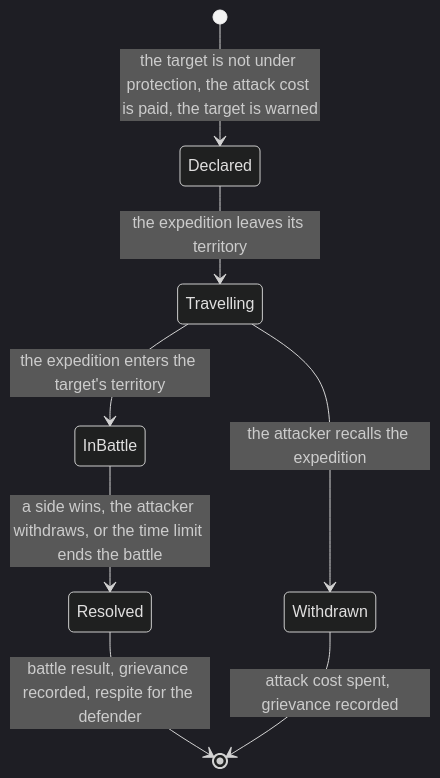
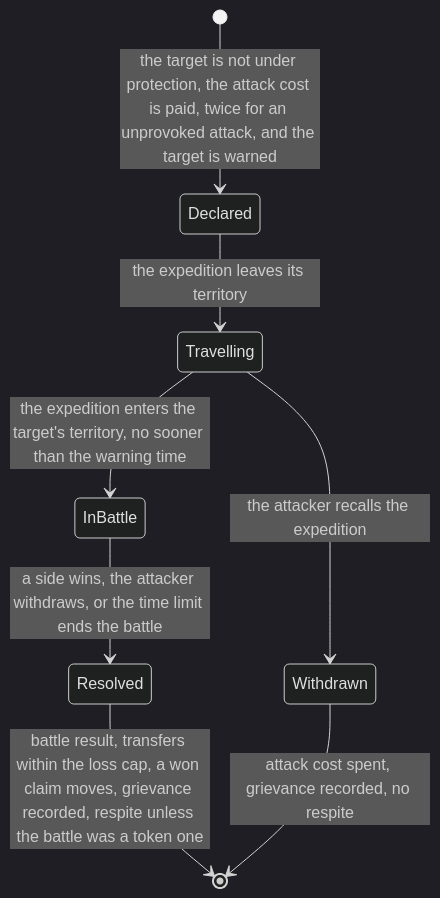
The fifth of 8 diagrams in Design/gdd/00_vision_pillars_and_core_loops.md (Zwaliebaba/Species.AI), drawn with Mermaid (dark theme) before and after one commit. The commit also changed other lines of this file and 6 other files, not shown here.

````diff
--- a/Design/gdd/00_vision_pillars_and_core_loops.md
+++ b/Design/gdd/00_vision_pillars_and_core_loops.md
@@ -471,10 +548,10 @@
 ```mermaid
 stateDiagram-v2
-    [*] --> Declared: the target is not under protection, the attack cost is paid, the target is warned
+    [*] --> Declared: the target is not under protection, the attack cost is paid, twice for an unprovoked attack, and the target is warned
     Declared --> Travelling: the expedition leaves its territory
     Travelling --> Withdrawn: the attacker recalls the expedition
-    Travelling --> InBattle: the expedition enters the target's territory
+    Travelling --> InBattle: the expedition enters the target's territory, no sooner than the warning time
     InBattle --> Resolved: a side wins, the attacker withdraws, or the time limit ends the battle
-    Resolved --> [*]: battle result, grievance recorded, respite for the defender
-    Withdrawn --> [*]: attack cost spent, grievance recorded
+    Resolved --> [*]: battle result, transfers within the loss cap, a won claim moves, grievance recorded, respite unless the battle was a token one
+    Withdrawn --> [*]: attack cost spent, grievance recorded, no respite
 ```
````
